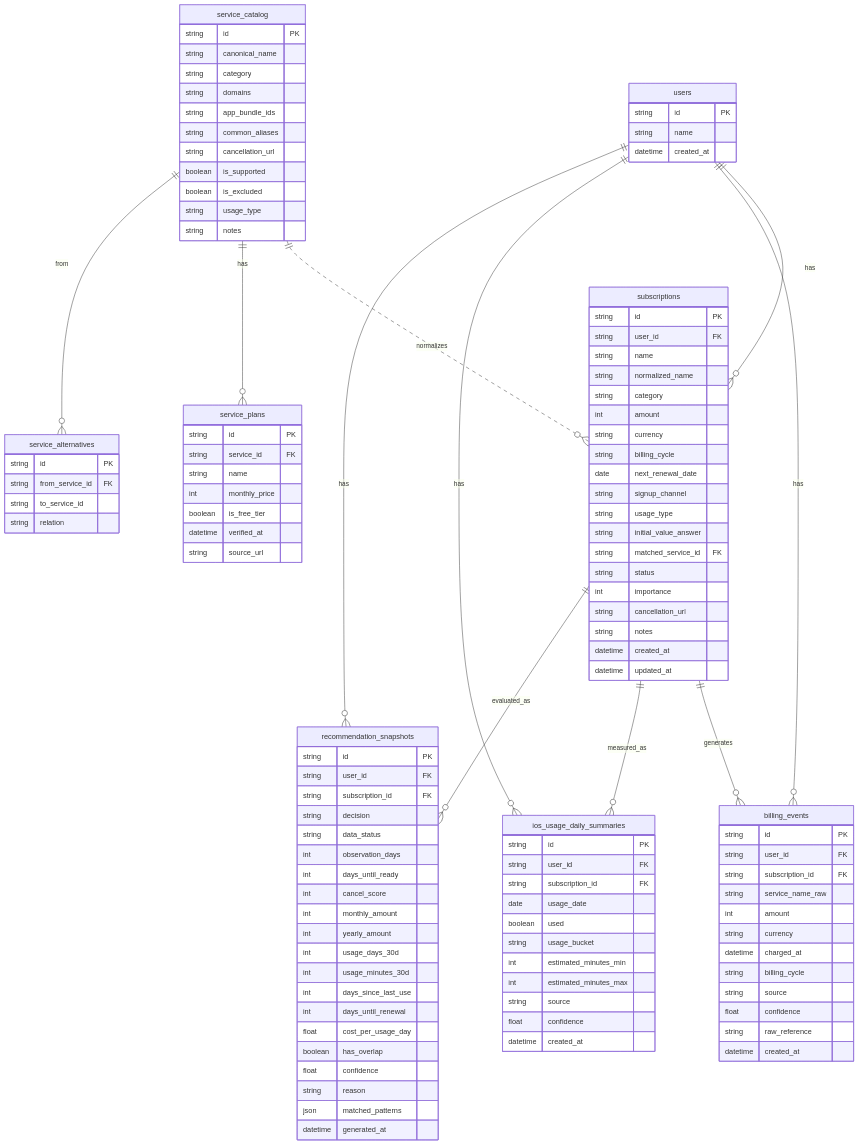
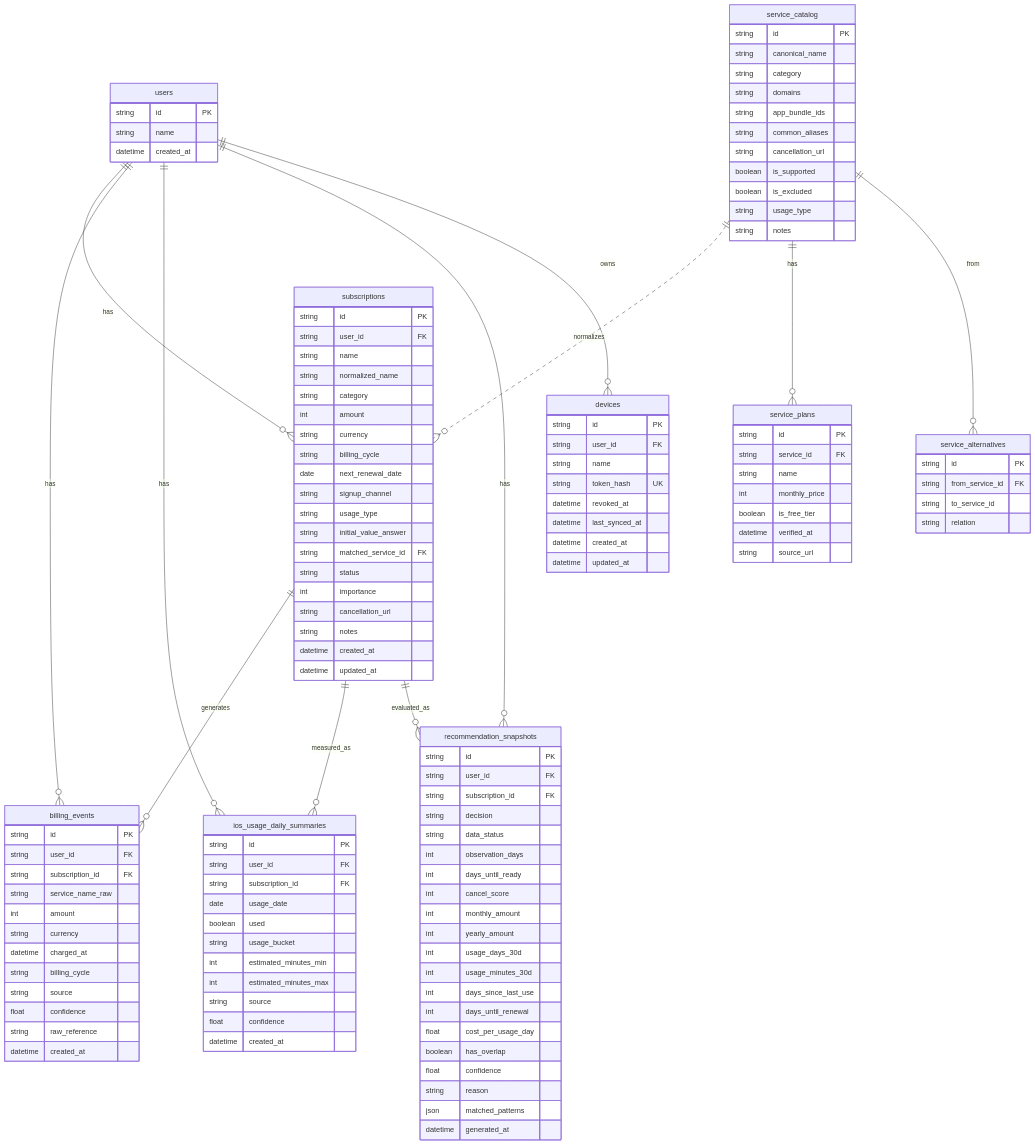
One commit to Shintaro-Abe/SubBuddy changed the third of 7 diagrams in docs/functional-design.md. Above: the diagram before and after it, drawn with Mermaid. The commit also changed other lines of this file and 67 other files, not shown here.

```diff
--- a/docs/functional-design.md
+++ b/docs/functional-design.md
@@ -122,6 +125,7 @@
   users ||--o{ billing_events : has
   users ||--o{ ios_usage_daily_summaries : has
   users ||--o{ recommendation_snapshots : has
+  users ||--o{ devices : owns
   subscriptions ||--o{ billing_events : generates
   subscriptions ||--o{ ios_usage_daily_summaries : measured_as
   subscriptions ||--o{ recommendation_snapshots : evaluated_as
@@ -182,6 +186,16 @@
     float confidence
     datetime created_at
   }
+  devices {
+    string id PK
+    string user_id FK
+    string name
+    string token_hash UK
+    datetime revoked_at
+    datetime last_synced_at
+    datetime created_at
+    datetime updated_at
+  }
   recommendation_snapshots {
     string id PK
     string user_id FK
```
